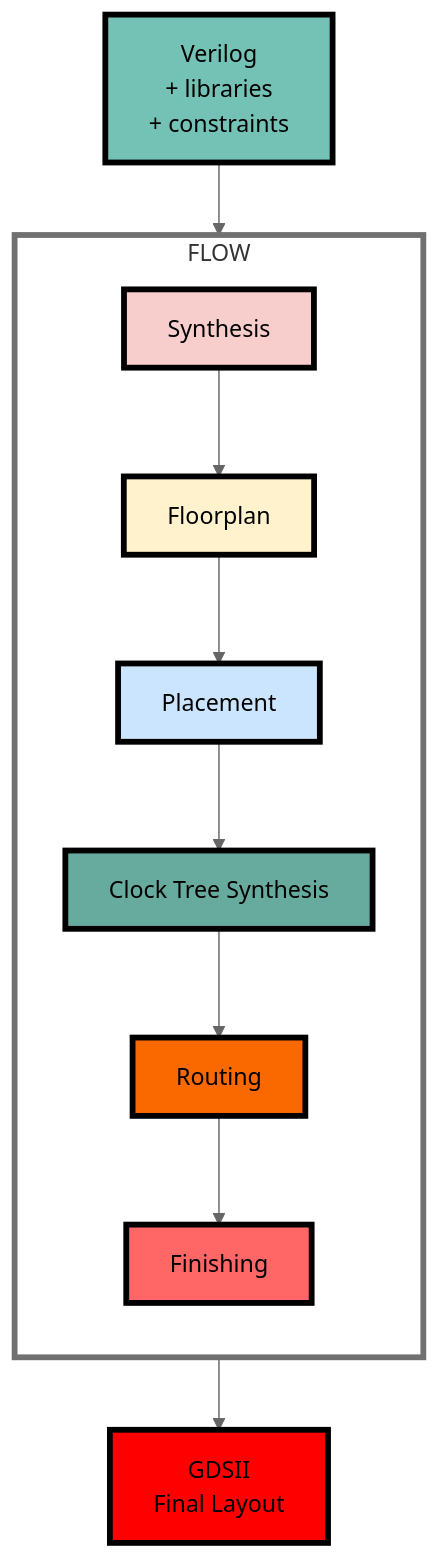
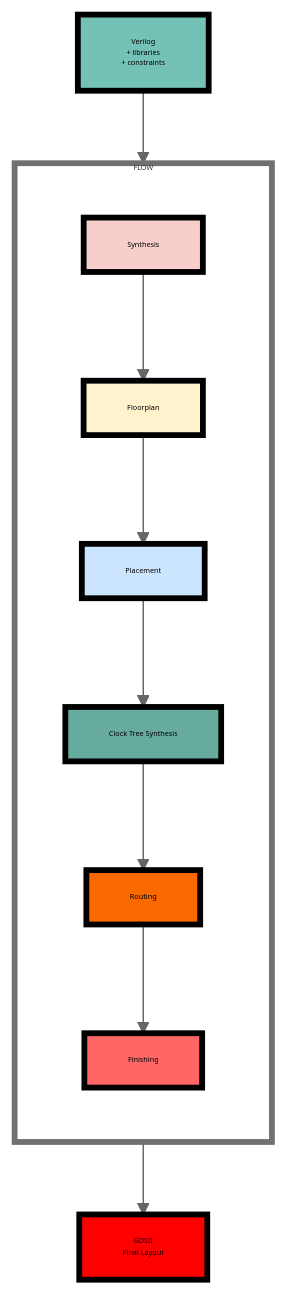
Before and after one commit to The-OpenROAD-Project/OpenROAD: the first of 2 diagrams in README.md, drawn with Mermaid.

Commit message:
font size 5px

````diff
--- a/README.md
+++ b/README.md
@@ -15,35 +15,36 @@
 ```mermaid
 %%{
   init: {
     'theme': 'neutral',
     'themeVariables': {
       'textColor': '#000000',
-      'noteTextColor' : '#000000'
+      'noteTextColor' : '#000000',
+      'fontSize': '5px'
     }
   }
 }%%
 
 flowchart TB
     A[Verilog\n+ libraries\n + constraints] --> FLOW
     style A fill:#74c2b5,stroke:#000000,stroke-width:4px
     subgraph FLOW
     style FLOW fill:#FFFFFF00,stroke-width:4px
 
     direction TB
         B[Synthesis]
         B --> C[Floorplan] 
         C --> D[Placement]
         D --> E[Clock Tree Synthesis]
         E --> F[Routing]
         F --> G[Finishing]
         style B fill:#f8cecc,stroke:#000000,stroke-width:4px
         style C fill:#fff2cc,stroke:#000000,stroke-width:4px
         style D fill:#cce5ff,stroke:#000000,stroke-width:4px
         style E fill:#67ab9f,stroke:#000000,stroke-width:4px
         style F fill:#fa6800,stroke:#000000,stroke-width:4px
         style G fill:#ff6666,stroke:#000000,stroke-width:4px
     end
 
     FLOW --> H[GDSII\n Final Layout]
     style H fill:#ff0000,stroke:#000000,stroke-width:4px
 ```
````
